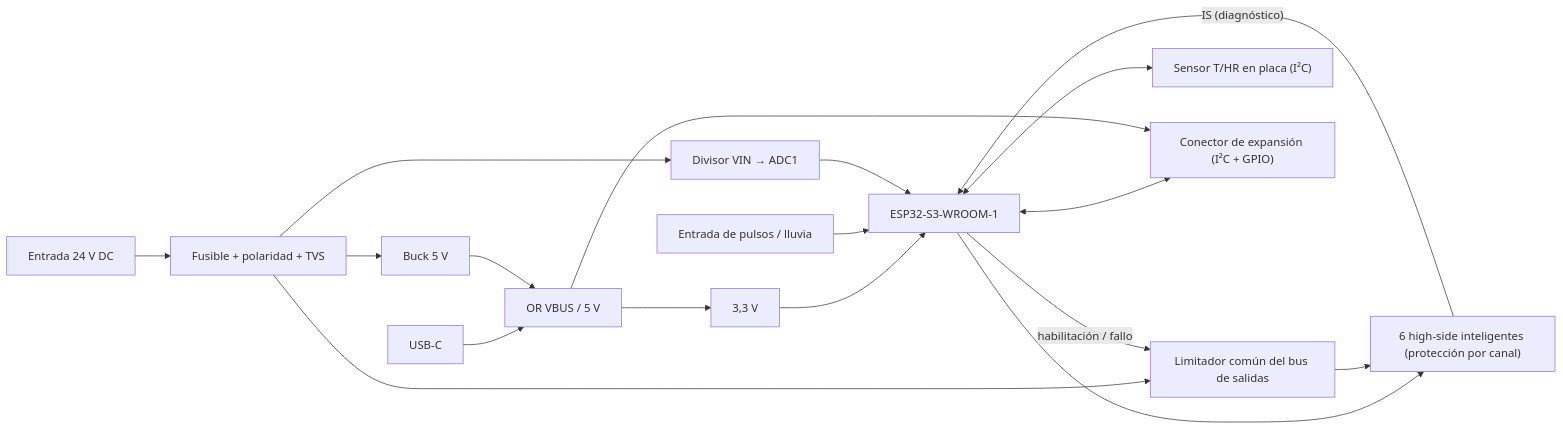
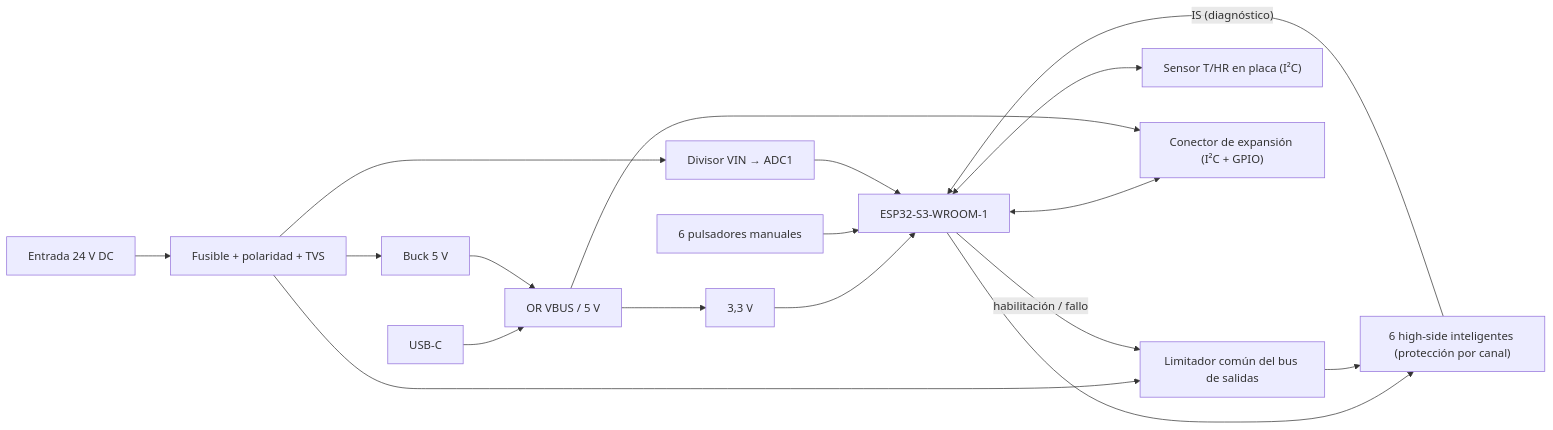
One commit to JoanSanbartolome/ESP-Riego changed the diagram in docs/02-especificaciones-v2.md. Above: the diagram before and after it, drawn with Mermaid. The commit also changed other lines of this file and 7 other files, not shown here.

````diff
--- a/docs/02-especificaciones-v2.md
+++ b/docs/02-especificaciones-v2.md
@@ -40,20 +43,20 @@
 ```mermaid
 flowchart LR
     VIN["Entrada 24 V DC"] --> PROT["Fusible + polaridad + TVS"]
     PROT --> BUCK["Buck 5 V"]
     USB["USB-C"] --> OR["OR VBUS / 5 V"]
     BUCK --> OR
     OR --> LDO["3,3 V"]
     LDO --> MCU["ESP32-S3-WROOM-1"]
     MCU --> OUT["6 high-side inteligentes (protección por canal)"]
     PROT --> LIM["Limitador común del bus de salidas"]
     MCU -- "habilitación / fallo" --> LIM
     LIM --> OUT
     OUT -- "IS (diagnóstico)" --> MCU
     MCU <--> TH["Sensor T/HR en placa (I²C)"]
     MCU <--> EXP["Conector de expansión (I²C + GPIO)"]
     OR --> EXP
-    PULSOS["Entrada de pulsos / lluvia"] --> MCU
+    BTN["6 pulsadores manuales"] --> MCU
     PROT --> VMON["Divisor VIN → ADC1"]
     VMON --> MCU
 ```
````
